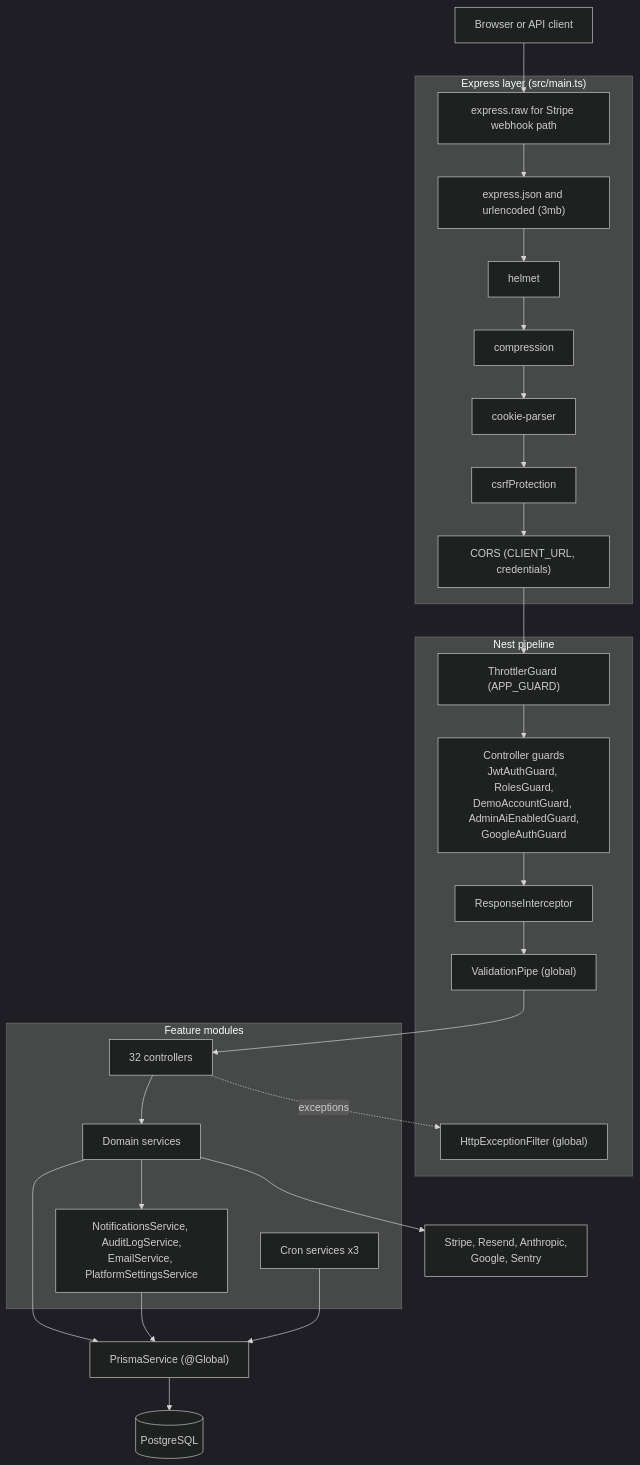
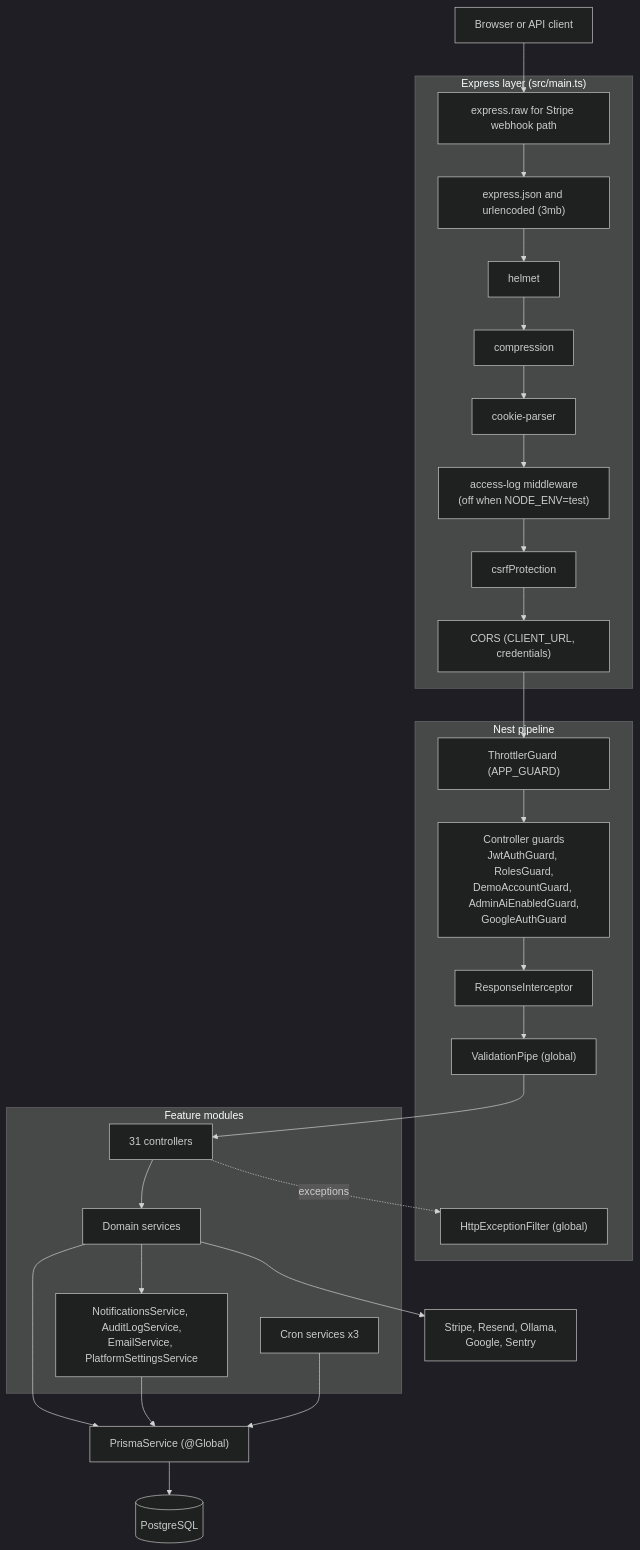
The second of 38 diagrams in backend/api/ARCHITECTURE.md (muhammadhamd56-cloud/hospital-management-system), drawn with Mermaid (dark theme) before and after one commit. The commit also changed other lines of this file and 13 other files, not shown here.

First line of the commit message:
docs: document the Ollama-based Admin AI and correct stale architecture gaps

````diff
--- a/backend/api/ARCHITECTURE.md
+++ b/backend/api/ARCHITECTURE.md
@@ -196,42 +195,43 @@
 ```mermaid
 flowchart TB
   Client["Browser or API client"]
 
   subgraph Express["Express layer (src/main.ts)"]
     Raw["express.raw for Stripe webhook path"]
     Json["express.json and urlencoded (3mb)"]
     Helmet["helmet"]
     Compress["compression"]
     Cookies["cookie-parser"]
+    AccessLog["access-log middleware<br/>(off when NODE_ENV=test)"]
     Csrf["csrfProtection"]
     Cors["CORS (CLIENT_URL, credentials)"]
   end
 
   subgraph Nest["Nest pipeline"]
     Throttle["ThrottlerGuard (APP_GUARD)"]
     Guards["Controller guards<br/>JwtAuthGuard, RolesGuard,<br/>DemoAccountGuard, AdminAiEnabledGuard,<br/>GoogleAuthGuard"]
     Interceptor["ResponseInterceptor"]
     Pipe["ValidationPipe (global)"]
     Filter["HttpExceptionFilter (global)"]
   end
 
   subgraph Domain["Feature modules"]
-    Controllers["32 controllers"]
+    Controllers["31 controllers"]
     Services["Domain services"]
     Shared["NotificationsService, AuditLogService,<br/>EmailService, PlatformSettingsService"]
     Cron["Cron services x3"]
   end
 
   Prisma["PrismaService (@Global)"]
   PG[("PostgreSQL")]
-  Ext["Stripe, Resend, Anthropic,<br/>Google, Sentry"]
+  Ext["Stripe, Resend, Ollama,<br/>Google, Sentry"]
 
-  Client --> Raw --> Json --> Helmet --> Compress --> Cookies --> Csrf --> Cors --> Throttle
+  Client --> Raw --> Json --> Helmet --> Compress --> Cookies --> AccessLog --> Csrf --> Cors --> Throttle
   Throttle --> Guards --> Interceptor --> Pipe --> Controllers --> Services
   Services --> Shared
   Services --> Prisma --> PG
   Shared --> Prisma
   Cron --> Prisma
   Services --> Ext
   Controllers -.->|"exceptions"| Filter
 ```
````
